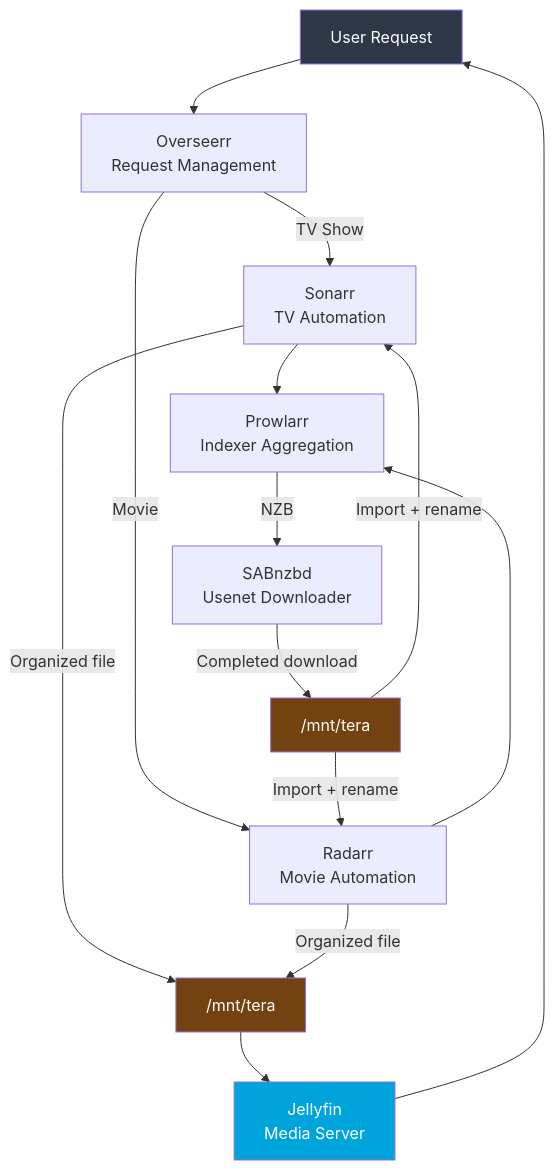
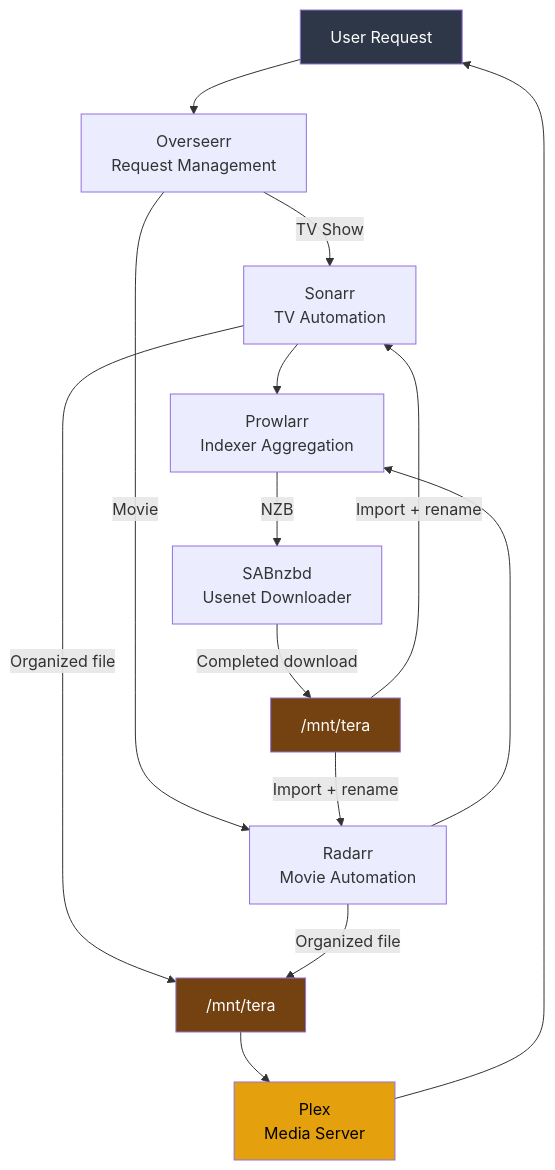
One commit to Kagiso-me/homelab-infrastructure changed the second of 2 diagrams in docker/docs/00_plan.md. Above: the diagram before and after it, drawn with Mermaid. The commit also changed other lines of this file and 6 other files, not shown here.

Commit message:
Refactor Flux GitOps guide prerequisites and bootstrap steps for clarity; add comprehensive application configuration guide for media stack services including Prowlarr, SABnzbd, Sonarr, Radarr, Lidarr, Bazarr, Overseerr, Plex, and Navidrome.

````diff
--- a/docker/docs/00_plan.md
+++ b/docker/docs/00_plan.md
@@ -182,21 +180,21 @@
 ```mermaid
 graph TD
     User["User Request"] --> Overseerr["Overseerr\nRequest Management"]
     Overseerr -->|TV Show| Sonarr["Sonarr\nTV Automation"]
     Overseerr -->|Movie| Radarr["Radarr\nMovie Automation"]
     Sonarr --> Prowlarr["Prowlarr\nIndexer Aggregation"]
     Radarr --> Prowlarr
     Prowlarr -->|NZB| SABnzbd["SABnzbd\nUsenet Downloader"]
     SABnzbd -->|Completed download| Downloads["/mnt/tera"]
     Downloads -->|Import + rename| Sonarr
     Downloads -->|Import + rename| Radarr
     Sonarr -->|Organized file| Media["/mnt/tera"]
     Radarr -->|Organized file| Media
-    Media --> Jellyfin["Jellyfin\nMedia Server"]
-    Jellyfin --> User
+    Media --> Plex["Plex\nMedia Server"]
+    Plex --> User
 
     style User fill:#2d3748,color:#fff
-    style Jellyfin fill:#00a4dc,color:#fff
+    style Plex fill:#E5A00D,color:#000
     style Media fill:#744210,color:#fff
     style Downloads fill:#744210,color:#fff
 ```
````
